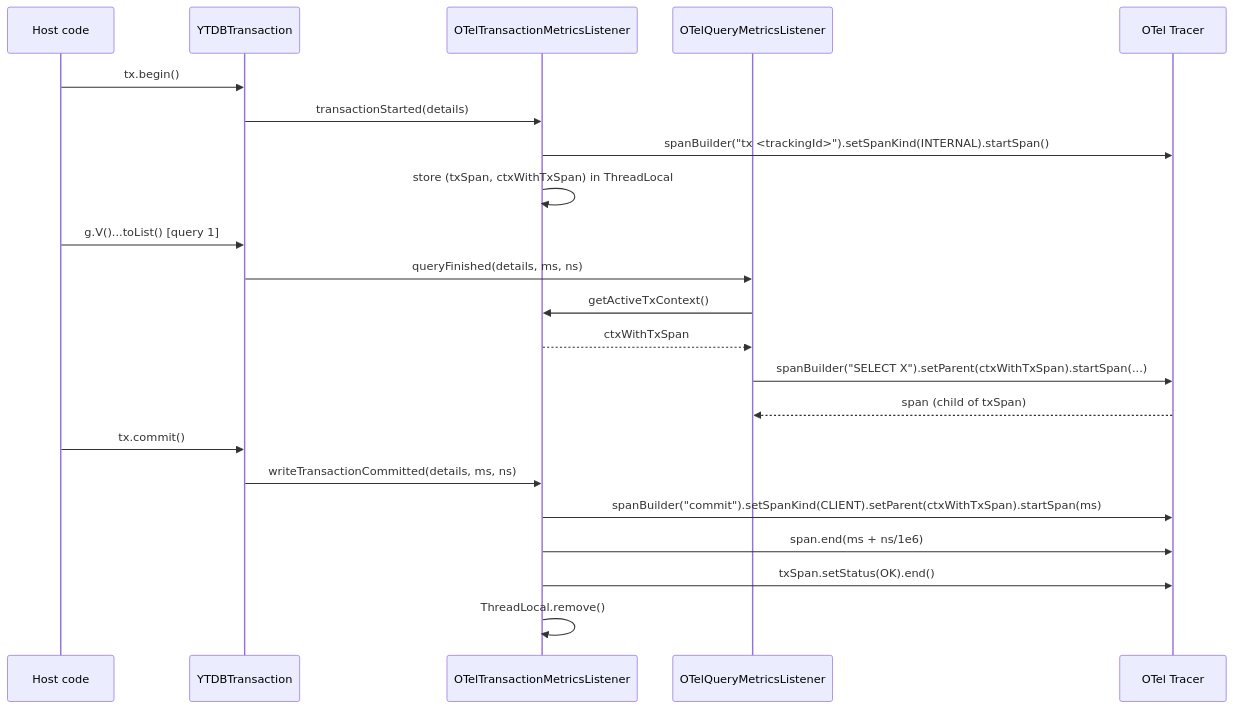
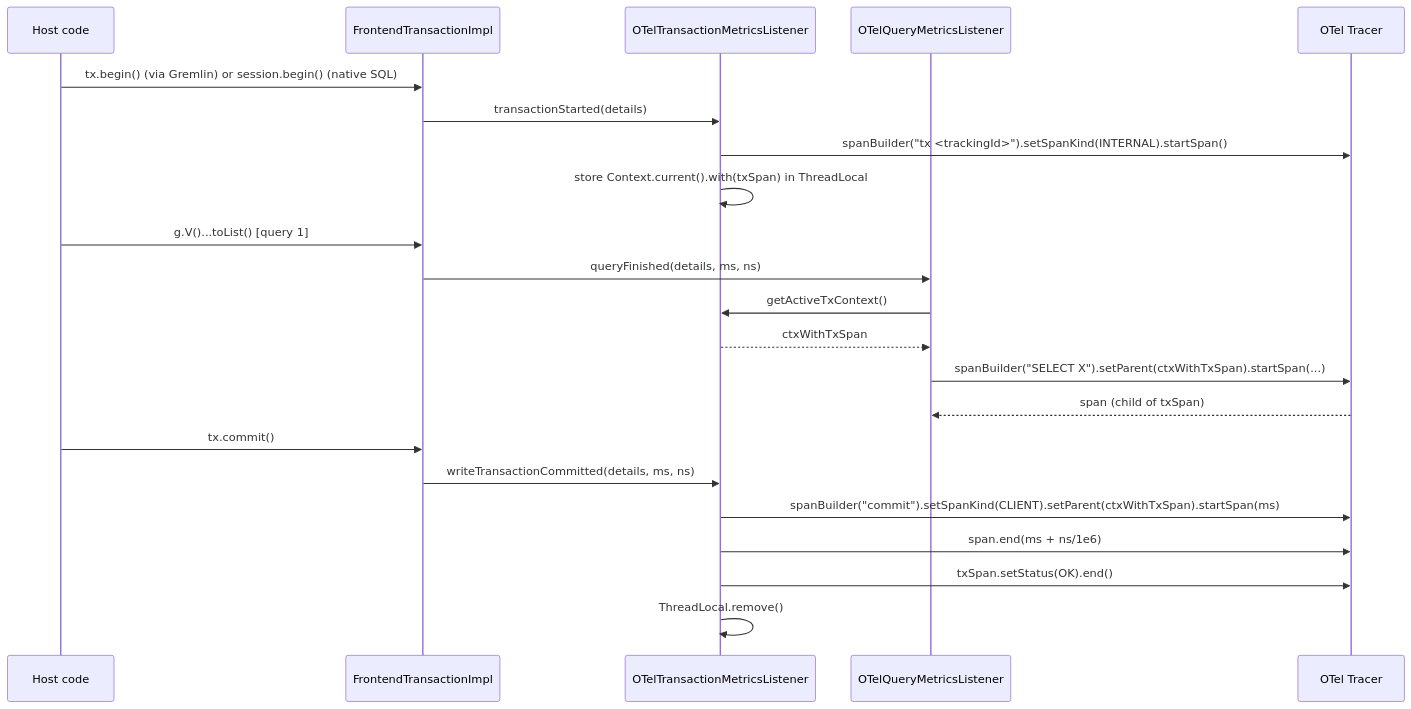
One commit to JetBrains/youtrackdb changed the third of 4 diagrams in docs/adr/ytdb-496-opentelemetry-support/_workflow/design.md. Above: the diagram before and after it, drawn with Mermaid. The commit also changed other lines of this file and 6 other files, not shown here.

````diff
--- a/docs/adr/ytdb-496-opentelemetry-support/_workflow/design.md
+++ b/docs/adr/ytdb-496-opentelemetry-support/_workflow/design.md
@@ -151,25 +161,25 @@
 ```mermaid
 sequenceDiagram
     participant Host as Host code
-    participant TX as YTDBTransaction
+    participant TX as FrontendTransactionImpl
     participant OTL as OTelTransactionMetricsListener
     participant OQL as OTelQueryMetricsListener
     participant TR as OTel Tracer
 
-    Host->>TX: tx.begin()
+    Host->>TX: tx.begin() (via Gremlin) or session.begin() (native SQL)
     TX->>OTL: transactionStarted(details)
     OTL->>TR: spanBuilder("tx <trackingId>").setSpanKind(INTERNAL).startSpan()
-    OTL->>OTL: store (txSpan, ctxWithTxSpan) in ThreadLocal
+    OTL->>OTL: store Context.current().with(txSpan) in ThreadLocal
     Host->>TX: g.V()...toList()  [query 1]
     TX->>OQL: queryFinished(details, ms, ns)
     OQL->>OTL: getActiveTxContext()
     OTL-->>OQL: ctxWithTxSpan
     OQL->>TR: spanBuilder("SELECT X").setParent(ctxWithTxSpan).startSpan(...)
     TR-->>OQL: span (child of txSpan)
     Host->>TX: tx.commit()
     TX->>OTL: writeTransactionCommitted(details, ms, ns)
     OTL->>TR: spanBuilder("commit").setSpanKind(CLIENT).setParent(ctxWithTxSpan).startSpan(ms)
     OTL->>TR: span.end(ms + ns/1e6)
     OTL->>TR: txSpan.setStatus(OK).end()
     OTL->>OTL: ThreadLocal.remove()
 ```
````
